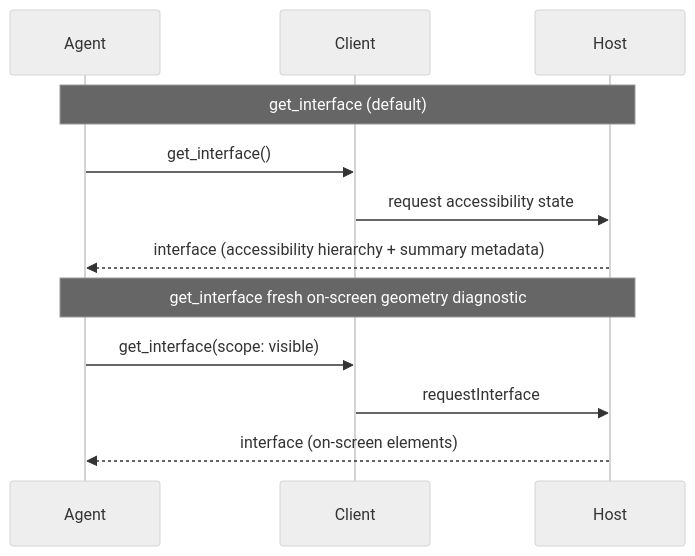
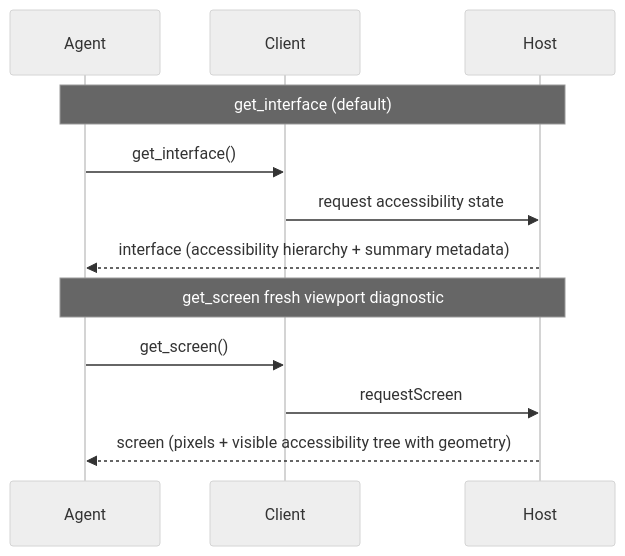
The second of 5 diagrams in docs/WIRE-PROTOCOL.md (RoyalPineapple/TheButtonHeist), drawn with Mermaid (neutral theme) before and after one commit. The commit also changed other lines of this file and 39 other files, not shown here.

````diff
--- a/docs/WIRE-PROTOCOL.md
+++ b/docs/WIRE-PROTOCOL.md
@@ -853,16 +853,16 @@
 ```mermaid
 sequenceDiagram
     participant Agent
     participant Client
     participant Host
 
     Note over Agent,Host: get_interface (default)
     Agent->>Client: get_interface()
     Client->>Host: request accessibility state
     Host-->>Agent: interface (accessibility hierarchy + summary metadata)
 
-    Note over Agent,Host: get_interface fresh on-screen geometry diagnostic
-    Agent->>Client: get_interface(scope: visible)
-    Client->>Host: requestInterface
-    Host-->>Agent: interface (on-screen elements)
+    Note over Agent,Host: get_screen fresh viewport diagnostic
+    Agent->>Client: get_screen()
+    Client->>Host: requestScreen
+    Host-->>Agent: screen (pixels + visible accessibility tree with geometry)
 ```
````
